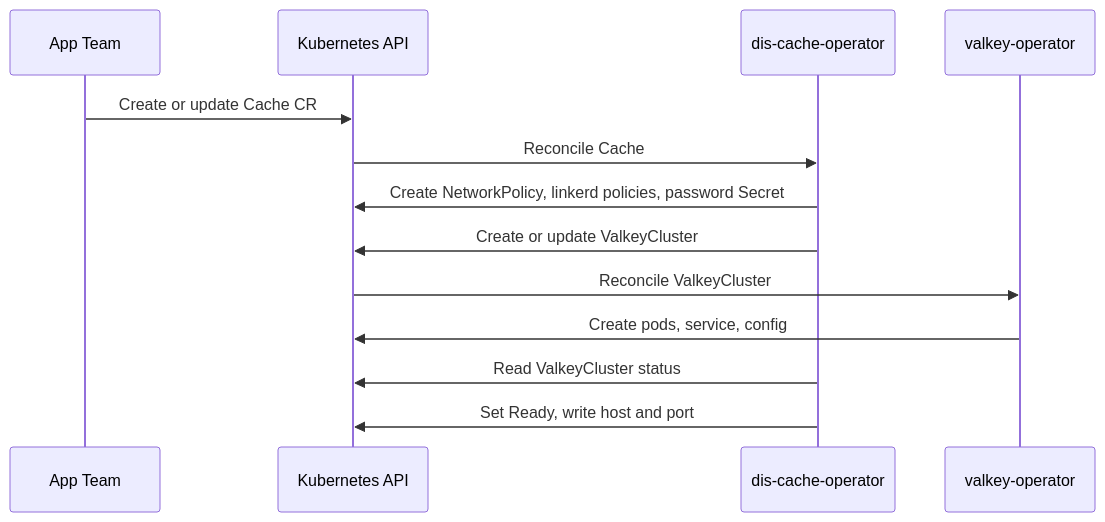
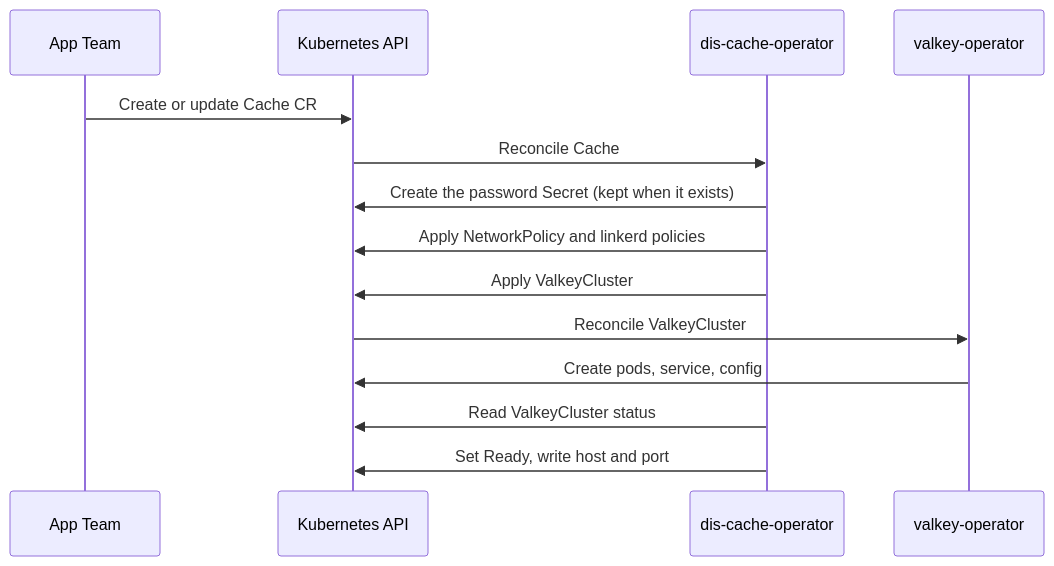
The diagram in rfcs/0014-self-service-cache.md (Altinn/altinn-platform), drawn with Mermaid before and after one commit. The commit also changed other lines of this file, not shown here.

First line of the commit message:
docs(rfcs): RFC 0014 records the write method, the Secret repair path, and the name limit

````diff
--- a/rfcs/0014-self-service-cache.md
+++ b/rfcs/0014-self-service-cache.md
@@ -163,16 +167,17 @@
 ```mermaid
 sequenceDiagram
 participant dev as App Team
 participant kapi as Kubernetes API
 participant cacheop as dis-cache-operator
 participant valkeyop as valkey-operator
 
 dev->>kapi: Create or update Cache CR
 kapi->>cacheop: Reconcile Cache
-cacheop->>kapi: Create NetworkPolicy, linkerd policies, password Secret
-cacheop->>kapi: Create or update ValkeyCluster
+cacheop->>kapi: Create the password Secret (kept when it exists)
+cacheop->>kapi: Apply NetworkPolicy and linkerd policies
+cacheop->>kapi: Apply ValkeyCluster
 kapi->>valkeyop: Reconcile ValkeyCluster
 valkeyop->>kapi: Create pods, service, config
 cacheop->>kapi: Read ValkeyCluster status
 cacheop->>kapi: Set Ready, write host and port
 ```
````
